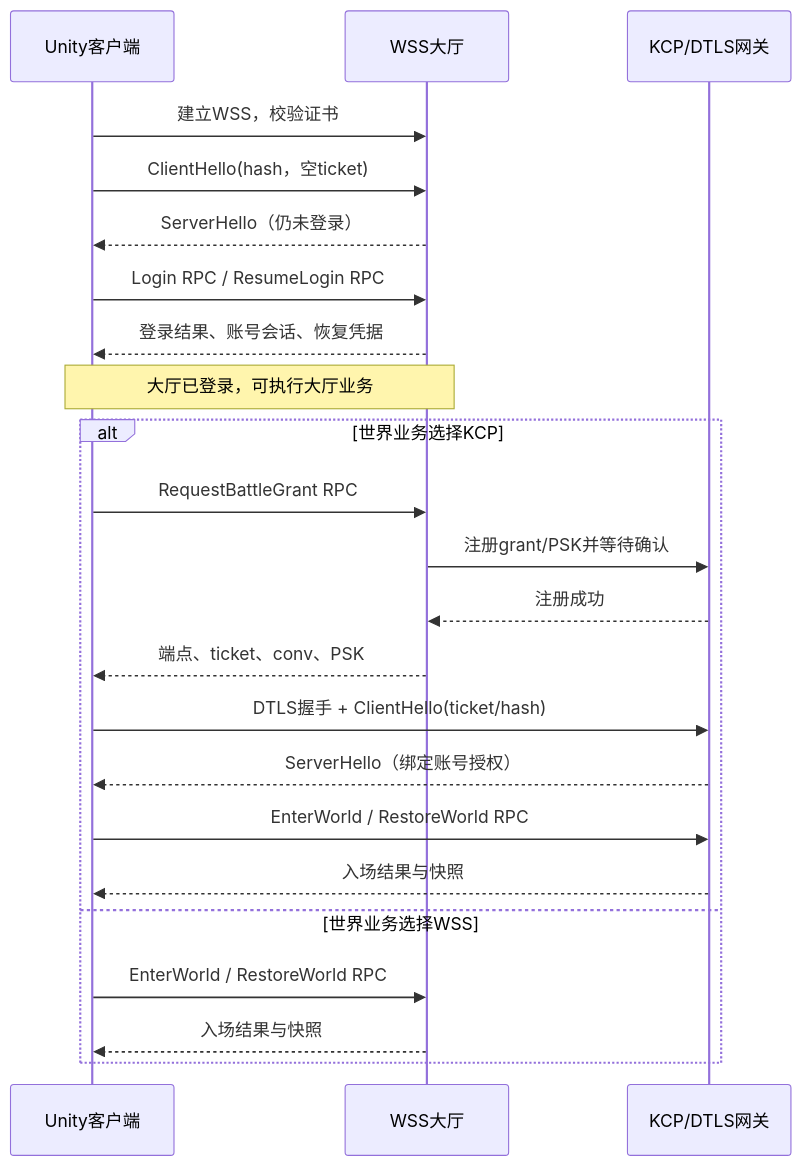
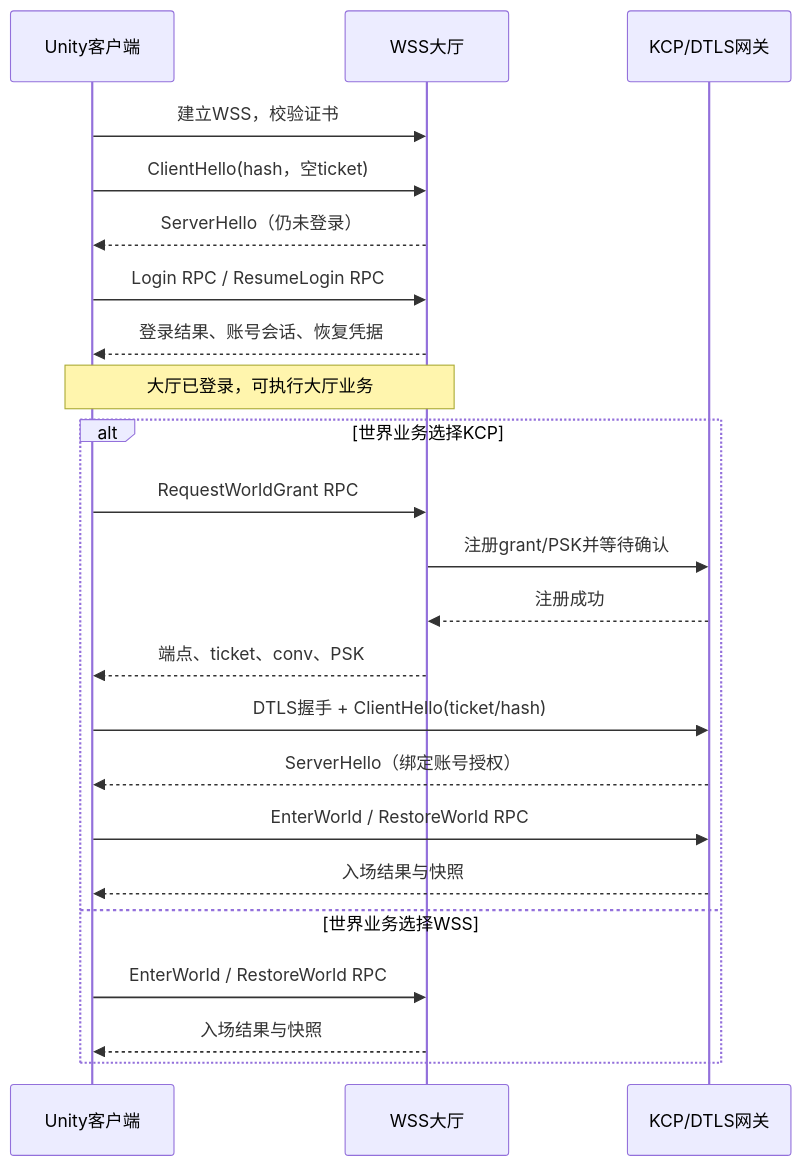
One commit to ZZQzero/GameFrame changed the second of 2 diagrams in Docs/NetworkDesign.md. Above: the diagram before and after it, drawn with Mermaid. The commit also changed other lines of this file and 20 other files, not shown here.

````diff
--- a/Docs/NetworkDesign.md
+++ b/Docs/NetworkDesign.md
@@ -581,25 +585,25 @@
 ```mermaid
 sequenceDiagram
     participant C as Unity客户端
     participant L as WSS大厅
     participant G as KCP/DTLS网关
     C->>L: 建立WSS，校验证书
     C->>L: ClientHello(hash，空ticket)
     L-->>C: ServerHello（仍未登录）
     C->>L: Login RPC / ResumeLogin RPC
     L-->>C: 登录结果、账号会话、恢复凭据
     Note over C,L: 大厅已登录，可执行大厅业务
     alt 世界业务选择KCP
-        C->>L: RequestBattleGrant RPC
+        C->>L: RequestWorldGrant RPC
         L->>G: 注册grant/PSK并等待确认
         G-->>L: 注册成功
         L-->>C: 端点、ticket、conv、PSK
         C->>G: DTLS握手 + ClientHello(ticket/hash)
         G-->>C: ServerHello（绑定账号授权）
         C->>G: EnterWorld / RestoreWorld RPC
         G-->>C: 入场结果与快照
     else 世界业务选择WSS
         C->>L: EnterWorld / RestoreWorld RPC
         L-->>C: 入场结果与快照
     end
 ```
````
